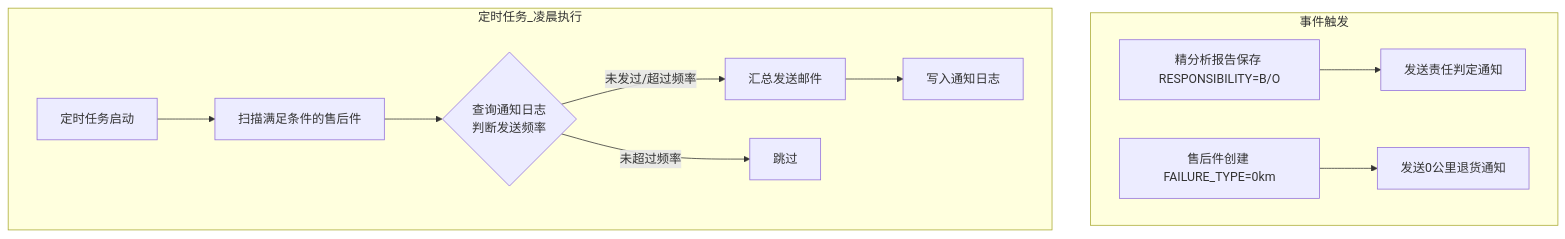
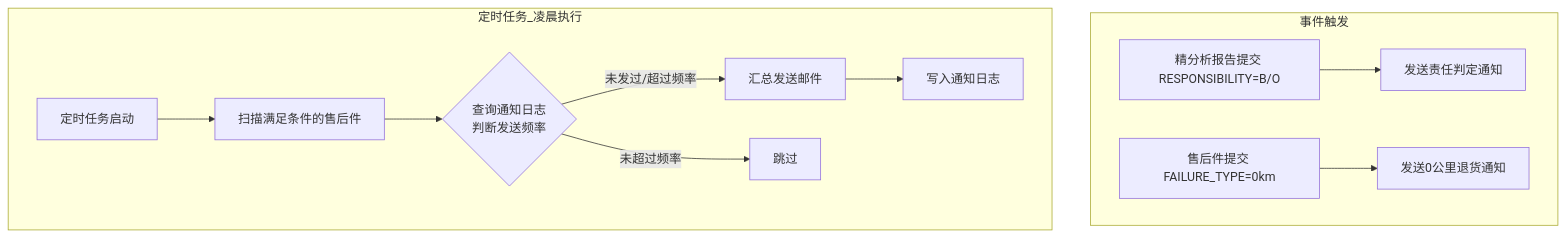
One commit to xvfeiran/wfam-doc changed diagram 15 of 16 in 01-设计文档/开发设计文档.md. Above: the diagram before and after it, drawn with Mermaid. The commit also changed other lines of this file and 1 other file, not shown here.

````diff
--- a/01-设计文档/开发设计文档.md
+++ b/01-设计文档/开发设计文档.md
@@ -1256,15 +1256,15 @@
 ```mermaid
 flowchart TD
     subgraph 事件触发
-        E1[精分析报告保存 RESPONSIBILITY=B/O] --> ES1[发送责任判定通知]
-        E2[售后件创建 FAILURE_TYPE=0km] --> ES2[发送0公里退货通知]
+        E1[精分析报告提交 RESPONSIBILITY=B/O] --> ES1[发送责任判定通知]
+        E2[售后件提交 FAILURE_TYPE=0km] --> ES2[发送0公里退货通知]
     end
 
     subgraph 定时任务_凌晨执行
         Cron[定时任务启动] --> Scan[扫描满足条件的售后件]
         Scan --> CheckLog{查询通知日志<br/>判断发送频率}
         CheckLog -->|未发过/超过频率| Send[汇总发送邮件]
         CheckLog -->|未超过频率| Skip[跳过]
         Send --> Log[写入通知日志]
     end
 ```
````
